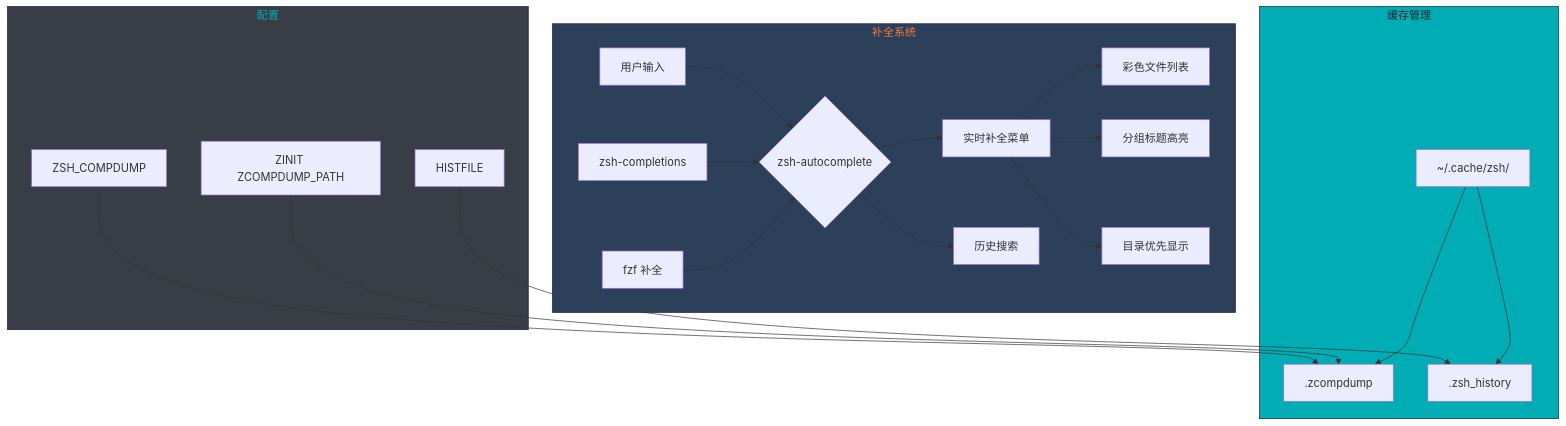
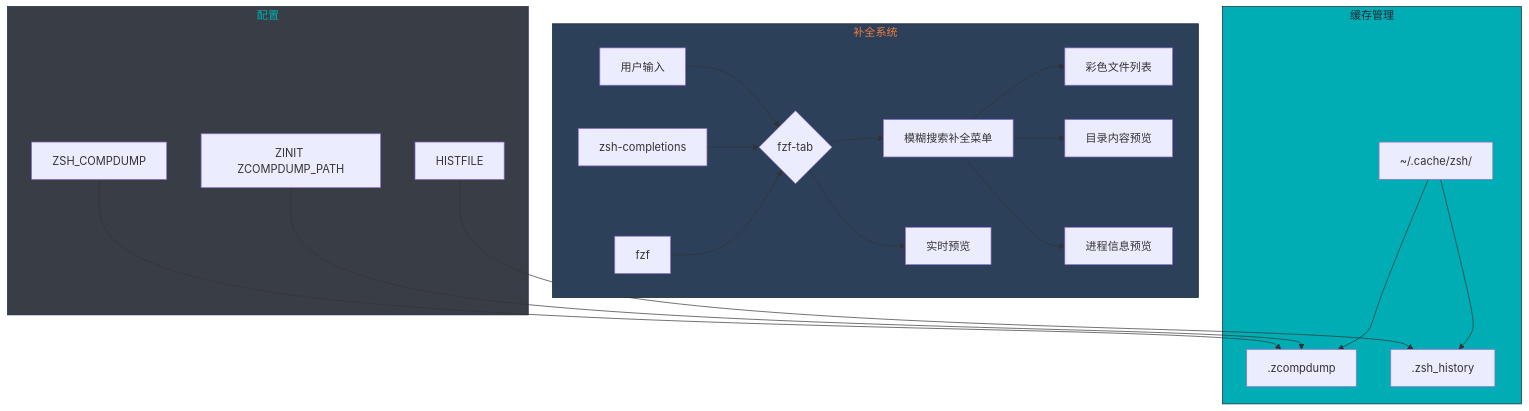
The seventh of 7 diagrams in docs/flowchart.md (Learner-Geek-Perfectionist/Dotfiles), drawn with Mermaid before and after one commit. The commit also changed other lines of this file, not shown here.

````diff
--- a/docs/flowchart.md
+++ b/docs/flowchart.md
@@ -248,31 +246,31 @@
 ```mermaid
 graph TB
     subgraph Completion["补全系统"]
-        A[用户输入] --> B{zsh-autocomplete}
-        B --> C[实时补全菜单]
-        B --> D[历史搜索]
+        A[用户输入] --> B{fzf-tab}
+        B --> C[模糊搜索补全菜单]
+        B --> D[实时预览]
         
         C --> E[彩色文件列表]
-        C --> F[分组标题高亮]
-        C --> G[目录优先显示]
+        C --> F[目录内容预览]
+        C --> G[进程信息预览]
         
         H[zsh-completions] --> B
-        I[fzf 补全] --> B
+        I[fzf] --> B
     end
 
     subgraph Cache["缓存管理"]
         J[~/.cache/zsh/]
         J --> K[.zcompdump]
         J --> L[.zsh_history]
     end
 
     subgraph Config["配置"]
         M[ZINIT ZCOMPDUMP_PATH] --> K
         N[ZSH_COMPDUMP] --> K
         O[HISTFILE] --> L
     end
 
     style Completion fill:#2d4059,stroke:#16213e,color:#f07b3f
     style Cache fill:#00adb5,stroke:#16213e,color:#222831
     style Config fill:#393e46,stroke:#16213e,color:#00adb5
 ```
````
